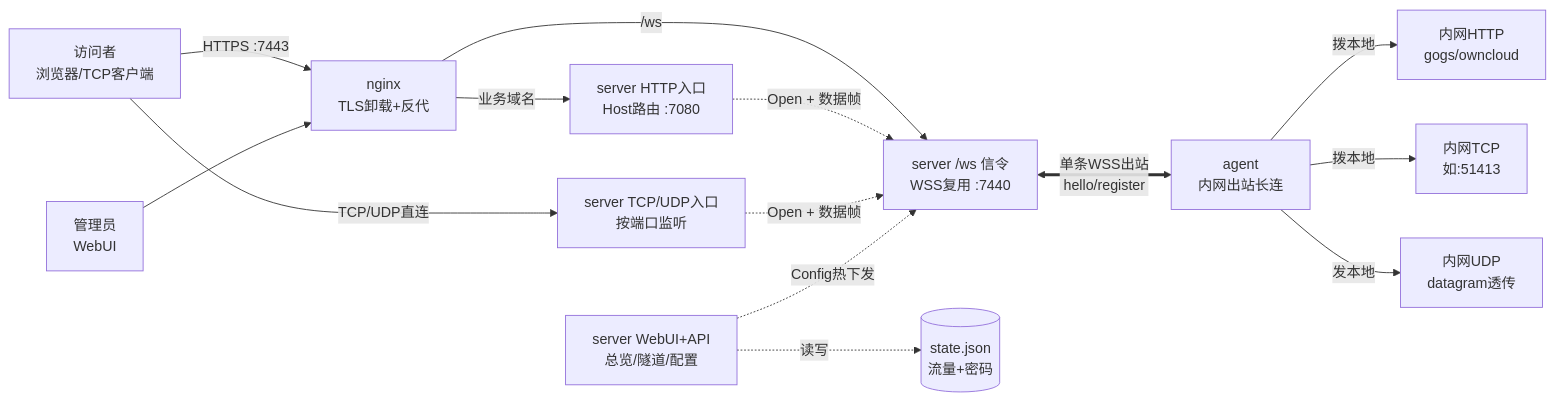
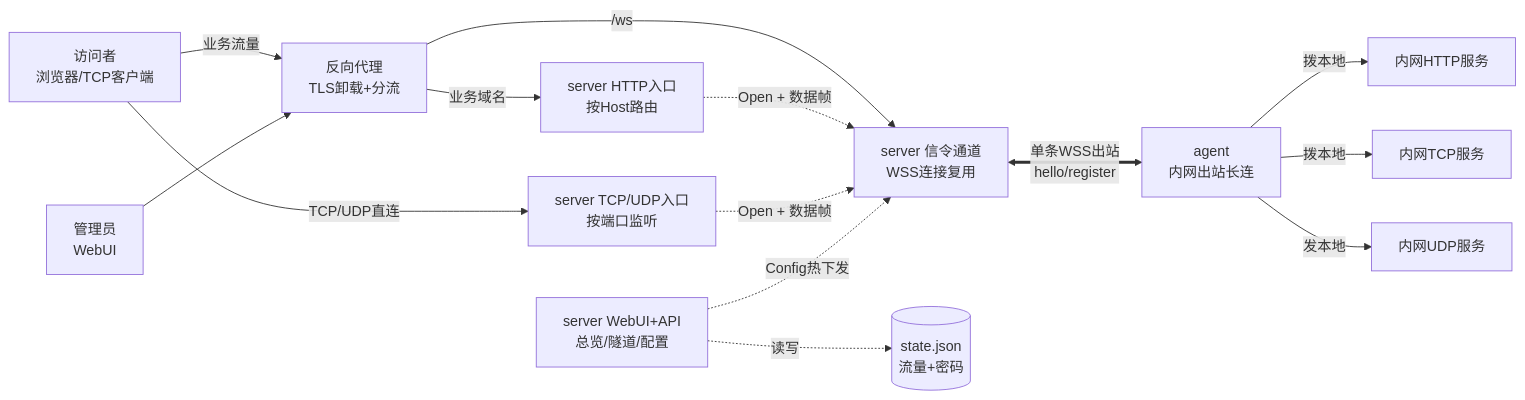
One commit to kkito/neutrino changed the first of 5 diagrams in docs/architecture.md. Above: the diagram before and after it, drawn with Mermaid. The commit also changed other lines of this file, not shown here.

Commit message:
docs: 修复mermaid双向箭头语法, 去部署相关具体信息保持通用

````diff
--- a/docs/architecture.md
+++ b/docs/architecture.md
@@ -11,16 +11,16 @@
 ```mermaid
 flowchart LR
-    U[访问者<br/>浏览器/TCP客户端] -->|HTTPS :7443| N[nginx<br/>TLS卸载+反代]
+    U[访问者<br/>浏览器/TCP客户端] -->|业务流量| N[反向代理<br/>TLS卸载+分流]
     A[管理员<br/>WebUI] --> N
-    N -->|/ws| WS["server /ws 信令<br/>WSS复用 :7440"]
-    N -->|业务域名| HTTP["server HTTP入口<br/>Host路由 :7080"]
+    N -->|/ws| WS["server 信令通道<br/>WSS连接复用"]
+    N -->|业务域名| HTTP["server HTTP入口<br/>按Host路由"]
     U -->|TCP/UDP直连| TCP["server TCP/UDP入口<br/>按端口监听"]
     HTTP -.->|Open + 数据帧| WS
     TCP -.->|Open + 数据帧| WS
     WS <==>|单条WSS出站<br/>hello/register| AG["agent<br/>内网出站长连"]
-    AG -->|拨本地| L1[内网HTTP<br/>gogs/owncloud]
-    AG -->|拨本地| L2[内网TCP<br/>如:51413]
-    AG -->|发本地| L3[内网UDP<br/>datagram透传]
+    AG -->|拨本地| L1[内网HTTP服务]
+    AG -->|拨本地| L2[内网TCP服务]
+    AG -->|发本地| L3[内网UDP服务]
     WEB["server WebUI+API<br/>总览/隧道/配置"] -.->|Config热下发| WS
     WEB -.->|读写| ST[(state.json<br/>流量+密码)]
 ```
````
